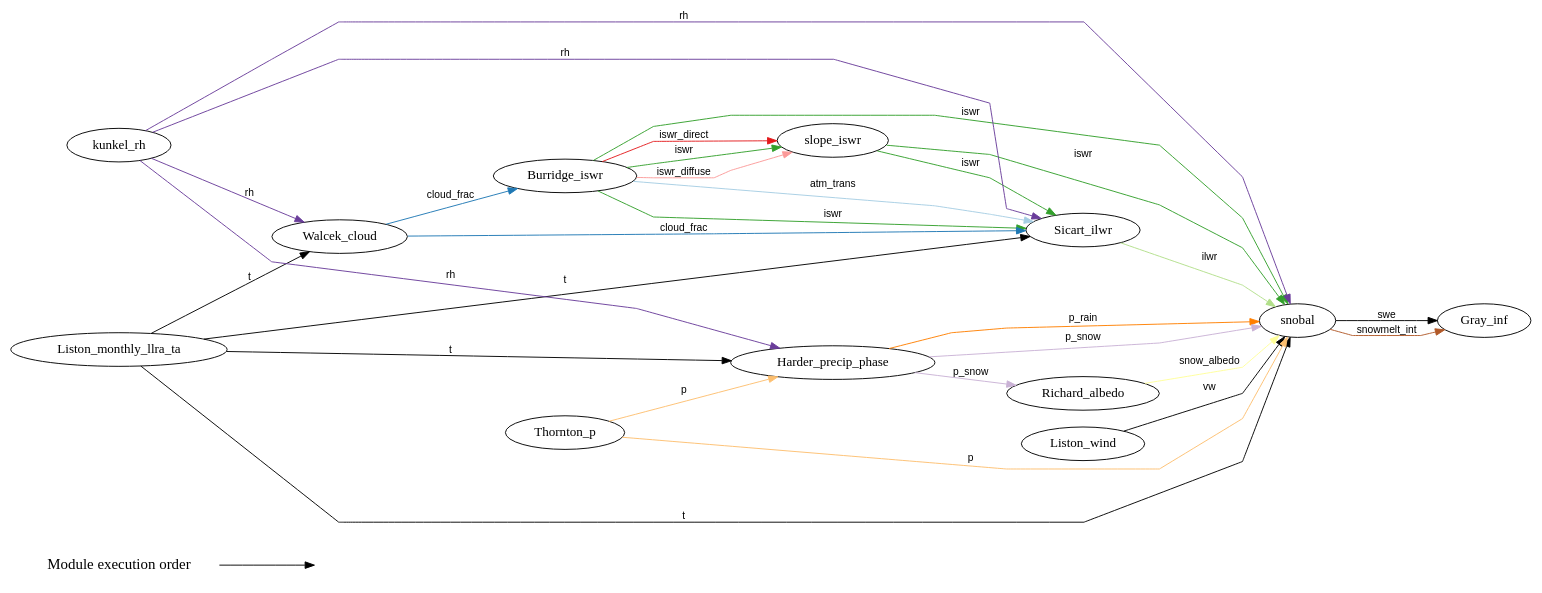
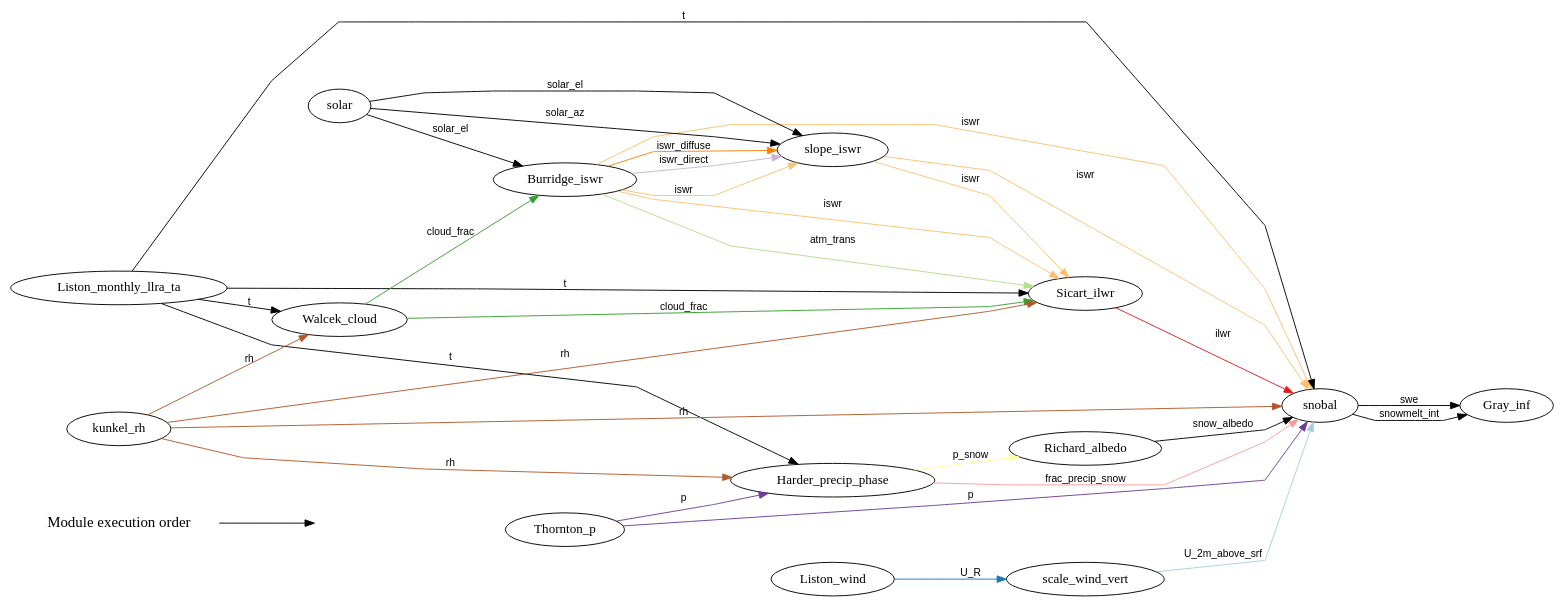
The diagram in modules.dot (Chrismarsh/CHM), drawn with Graphviz before and after one commit. The commit also changed 7 other files, not shown here.

```diff
--- a/modules.dot
+++ b/modules.dot
@@ -1,167 +1,184 @@
 digraph G {
 	graph [rankdir=LR,
 		splines=polyline
 	];
 	{
 		node [fontsize=16,
 			shape=plaintext
 		];
 		"Module execution order"		 [fontsize=16,
 			shape=plaintext];
 		""		 [fontsize=16,
 			shape=plaintext];
 		"Module execution order" -> "";
 	}
 	0	 [label=Burridge_iswr];
 	6	 [label=Sicart_ilwr];
-	0 -> 6	 [color="/paired12/4",
+	0 -> 6	 [color="/paired12/7",
 		edgetype=iswr,
 		fontname=Helvetica,
 		fontsize=11,
 		label=iswr];
-	0 -> 6	 [color="/paired12/1",
+	0 -> 6	 [color="/paired12/3",
 		edgetype=atm_trans,
 		fontname=Helvetica,
 		fontsize=11,
 		label=atm_trans];
-	10	 [label=slope_iswr];
-	0 -> 10	 [color="/paired12/4",
+	11	 [label=slope_iswr];
+	0 -> 11	 [color="/paired12/7",
 		edgetype=iswr,
 		fontname=Helvetica,
 		fontsize=11,
 		label=iswr];
-	0 -> 10	 [color="/paired12/5",
+	0 -> 11	 [color="/paired12/8",
 		edgetype=iswr_diffuse,
 		fontname=Helvetica,
 		fontsize=11,
 		label=iswr_diffuse];
-	0 -> 10	 [color="/paired12/6",
+	0 -> 11	 [color="/paired12/9",
 		edgetype=iswr_direct,
 		fontname=Helvetica,
 		fontsize=11,
 		label=iswr_direct];
-	11	 [label=snobal];
-	0 -> 11	 [color="/paired12/4",
+	12	 [label=snobal];
+	0 -> 12	 [color="/paired12/7",
 		edgetype=iswr,
 		fontname=Helvetica,
 		fontsize=11,
 		label=iswr];
 	1	 [label=Gray_inf];
 	2	 [label=Harder_precip_phase];
 	5	 [label=Richard_albedo];
-	2 -> 5	 [color="/paired12/9",
+	2 -> 5	 [color="/paired12/11",
 		edgetype=p_snow,
 		fontname=Helvetica,
 		fontsize=11,
 		label=p_snow];
-	2 -> 11	 [color="/paired12/8",
-		edgetype=p_rain,
+	2 -> 12	 [color="/paired12/5",
+		edgetype=frac_precip_snow,
 		fontname=Helvetica,
 		fontsize=11,
-		label=p_rain];
-	2 -> 11	 [color="/paired12/9",
-		edgetype=p_snow,
-		fontname=Helvetica,
-		fontsize=11,
-		label=p_snow];
+		label=frac_precip_snow];
 	3	 [label=Liston_monthly_llra_ta];
-	3 -> 2	 [color="/paired12/14",
+	3 -> 2	 [color="/paired12/19",
 		edgetype=t,
 		fontname=Helvetica,
 		fontsize=11,
 		label=t];
-	3 -> 6	 [color="/paired12/14",
+	3 -> 6	 [color="/paired12/19",
 		edgetype=t,
 		fontname=Helvetica,
 		fontsize=11,
 		label=t];
 	8	 [label=Walcek_cloud];
-	3 -> 8	 [color="/paired12/14",
+	3 -> 8	 [color="/paired12/19",
 		edgetype=t,
 		fontname=Helvetica,
 		fontsize=11,
 		label=t];
-	3 -> 11	 [color="/paired12/14",
+	3 -> 12	 [color="/paired12/19",
 		edgetype=t,
 		fontname=Helvetica,
 		fontsize=11,
 		label=t];
 	4	 [label=Liston_wind];
-	4 -> 11	 [color="/paired12/15",
-		edgetype=vw,
+	10	 [label=scale_wind_vert];
+	4 -> 10	 [color="/paired12/2",
+		edgetype=U_R,
 		fontname=Helvetica,
 		fontsize=11,
-		label=vw];
-	5 -> 11	 [color="/paired12/11",
+		label=U_R];
+	5 -> 12	 [color="/paired12/13",
 		edgetype=snow_albedo,
 		fontname=Helvetica,
 		fontsize=11,
 		label=snow_albedo];
-	6 -> 11	 [color="/paired12/3",
+	6 -> 12	 [color="/paired12/6",
 		edgetype=ilwr,
 		fontname=Helvetica,
 		fontsize=11,
 		label=ilwr];
 	7	 [label=Thornton_p];
-	7 -> 2	 [color="/paired12/7",
+	7 -> 2	 [color="/paired12/10",
 		edgetype=p,
 		fontname=Helvetica,
 		fontsize=11,
 		label=p];
-	7 -> 11	 [color="/paired12/7",
+	7 -> 12	 [color="/paired12/10",
 		edgetype=p,
 		fontname=Helvetica,
 		fontsize=11,
 		label=p];
-	8 -> 0	 [color="/paired12/2",
+	8 -> 0	 [color="/paired12/4",
 		edgetype=cloud_frac,
 		fontname=Helvetica,
 		fontsize=11,
 		label=cloud_frac];
-	8 -> 6	 [color="/paired12/2",
+	8 -> 6	 [color="/paired12/4",
 		edgetype=cloud_frac,
 		fontname=Helvetica,
 		fontsize=11,
 		label=cloud_frac];
 	9	 [label=kunkel_rh];
-	9 -> 2	 [color="/paired12/10",
+	9 -> 2	 [color="/paired12/12",
 		edgetype=rh,
 		fontname=Helvetica,
 		fontsize=11,
 		label=rh];
-	9 -> 6	 [color="/paired12/10",
+	9 -> 6	 [color="/paired12/12",
 		edgetype=rh,
 		fontname=Helvetica,
 		fontsize=11,
 		label=rh];
-	9 -> 8	 [color="/paired12/10",
+	9 -> 8	 [color="/paired12/12",
 		edgetype=rh,
 		fontname=Helvetica,
 		fontsize=11,
 		label=rh];
-	9 -> 11	 [color="/paired12/10",
+	9 -> 12	 [color="/paired12/12",
 		edgetype=rh,
 		fontname=Helvetica,
 		fontsize=11,
 		label=rh];
-	10 -> 6	 [color="/paired12/4",
+	10 -> 12	 [color="/paired12/1",
+		edgetype=U_2m_above_srf,
+		fontname=Helvetica,
+		fontsize=11,
+		label=U_2m_above_srf];
+	11 -> 6	 [color="/paired12/7",
 		edgetype=iswr,
 		fontname=Helvetica,
 		fontsize=11,
 		label=iswr];
-	10 -> 11	 [color="/paired12/4",
+	11 -> 12	 [color="/paired12/7",
 		edgetype=iswr,
 		fontname=Helvetica,
 		fontsize=11,
 		label=iswr];
-	11 -> 1	 [color="/paired12/13",
+	12 -> 1	 [color="/paired12/18",
 		edgetype=swe,
 		fontname=Helvetica,
 		fontsize=11,
 		label=swe];
-	11 -> 1	 [color="/paired12/12",
+	12 -> 1	 [color="/paired12/15",
 		edgetype=snowmelt_int,
 		fontname=Helvetica,
 		fontsize=11,
 		label=snowmelt_int];
+	13	 [label=solar];
+	13 -> 0	 [color="/paired12/17",
+		edgetype=solar_el,
+		fontname=Helvetica,
+		fontsize=11,
+		label=solar_el];
+	13 -> 11	 [color="/paired12/17",
+		edgetype=solar_el,
+		fontname=Helvetica,
+		fontsize=11,
+		label=solar_el];
+	13 -> 11	 [color="/paired12/16",
+		edgetype=solar_az,
+		fontname=Helvetica,
+		fontsize=11,
+		label=solar_az];
 }
```
